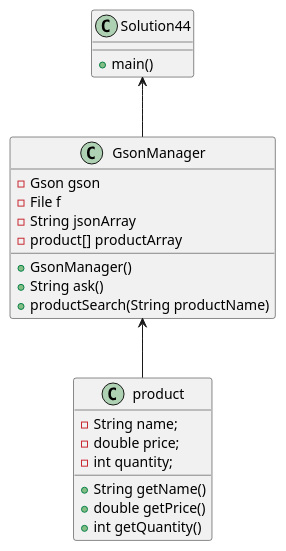
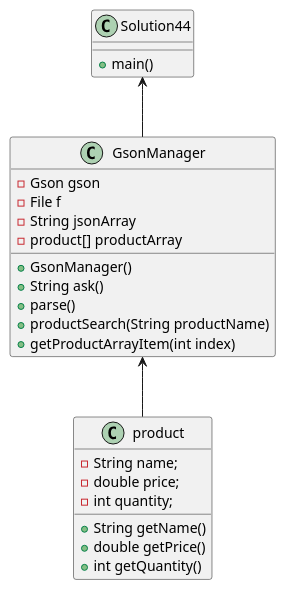
Before and after one commit to Ozymandias0912/guarnizo-a04: the diagram in exercise44/docs/ex44.puml, drawn with PlantUML. The commit also changed 3 other files, not shown here.

```diff
--- a/exercise44/docs/ex44.puml
+++ b/exercise44/docs/ex44.puml
@@ -1,28 +1,30 @@
 @startuml
 class Solution44{
 +main()
 }
 class GsonManager{
 - Gson gson
 - File f
 - String jsonArray
 - product[] productArray
 
 +GsonManager()
 +String ask()
++parse()
 +productSearch(String productName)
++getProductArrayItem(int index)
 }
 class product{
 - String name;
 - double price;
 - int quantity;
 
 
 +String getName()
 +double getPrice()
 +int getQuantity()
 }
 
 Solution44 <-- GsonManager
 GsonManager <-- product
 @enduml
```
